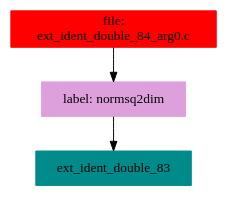
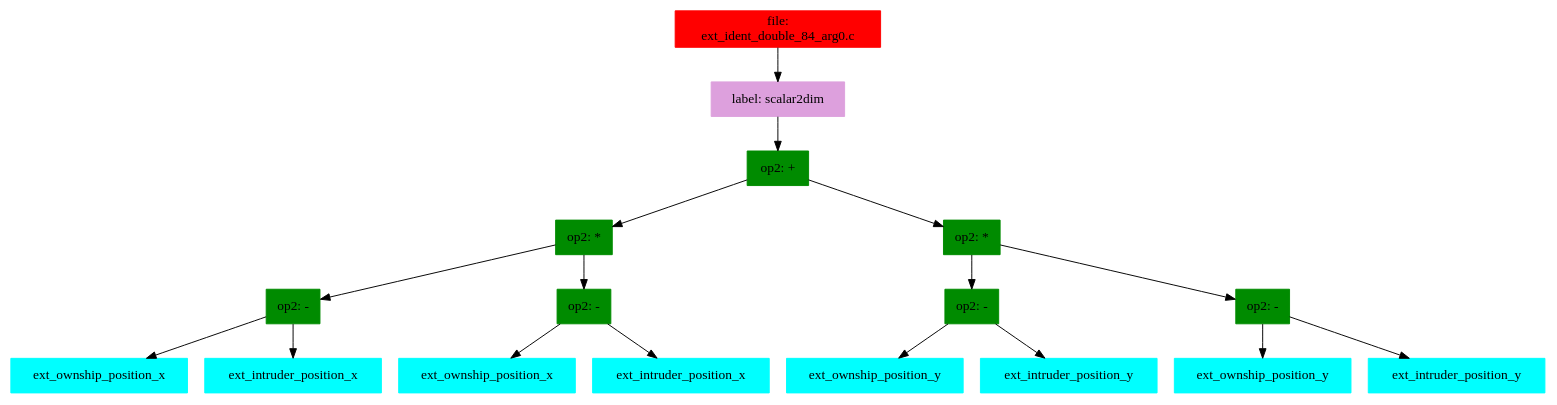
One commit to Copilot-Language/examplesForACSL changed the diagram in example36/copilot-sbv-codegen/ext_ident_double_84_arg0.c.gv. Above: the diagram before and after it, drawn with Graphviz. The commit also changed 5241 other files, not shown here.

```diff
--- a/example36/copilot-sbv-codegen/ext_ident_double_84_arg0.c.gv
+++ b/example36/copilot-sbv-codegen/ext_ident_double_84_arg0.c.gv
@@ -1,12 +1,40 @@
 digraph G {
 node [shape=box]
 
 0 [label="file: 
 ext_ident_double_84_arg0.c",color=red, style=filled]
-1 [label="label: normsq2dim",color=plum, style=filled]
+1 [label="label: scalar2dim",color=plum, style=filled]
 0 -> 1
-2 [label="ext_ident_double_83",color=cyan4, style=filled]
+2 [label="op2: +",color=green4, style=filled]
 1 -> 2
+3 [label="op2: *",color=green4, style=filled]
+2 -> 3
+4 [label="op2: -",color=green4, style=filled]
+3 -> 4
+5 [label="ext_ownship_position_x",color=cyan1, style=filled]
+4 -> 5
+6 [label="ext_intruder_position_x",color=cyan1, style=filled]
+4 -> 6
+7 [label="op2: -",color=green4, style=filled]
+3 -> 7
+8 [label="ext_ownship_position_x",color=cyan1, style=filled]
+7 -> 8
+9 [label="ext_intruder_position_x",color=cyan1, style=filled]
+7 -> 9
+10 [label="op2: *",color=green4, style=filled]
+2 -> 10
+11 [label="op2: -",color=green4, style=filled]
+10 -> 11
+12 [label="ext_ownship_position_y",color=cyan1, style=filled]
+11 -> 12
+13 [label="ext_intruder_position_y",color=cyan1, style=filled]
+11 -> 13
+14 [label="op2: -",color=green4, style=filled]
+10 -> 14
+15 [label="ext_ownship_position_y",color=cyan1, style=filled]
+14 -> 15
+16 [label="ext_intruder_position_y",color=cyan1, style=filled]
+14 -> 16
 
 
 }
```
